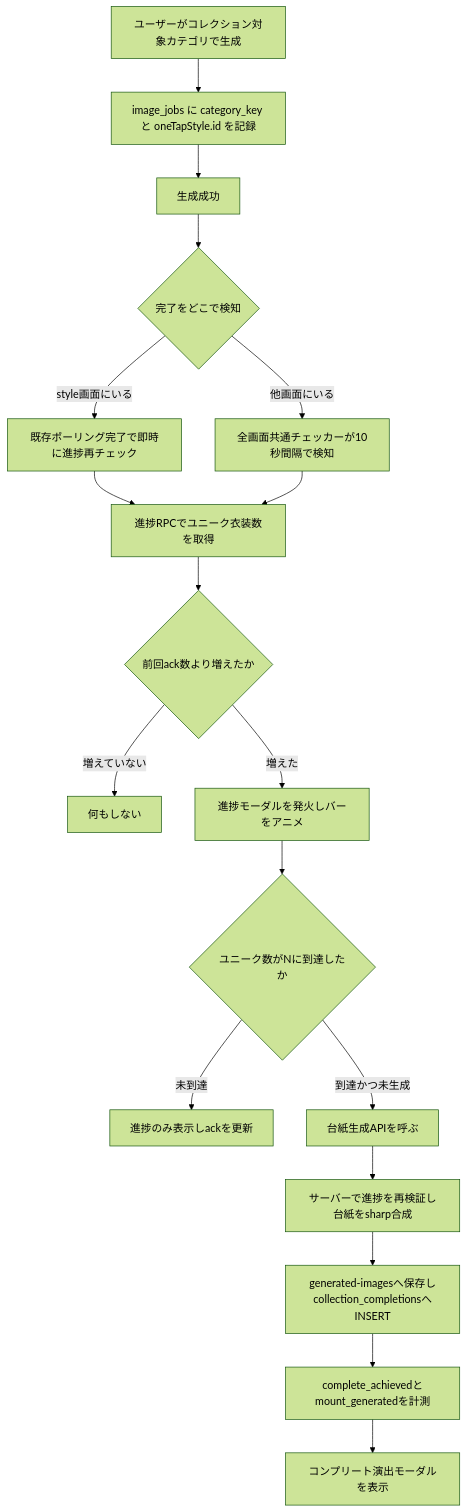
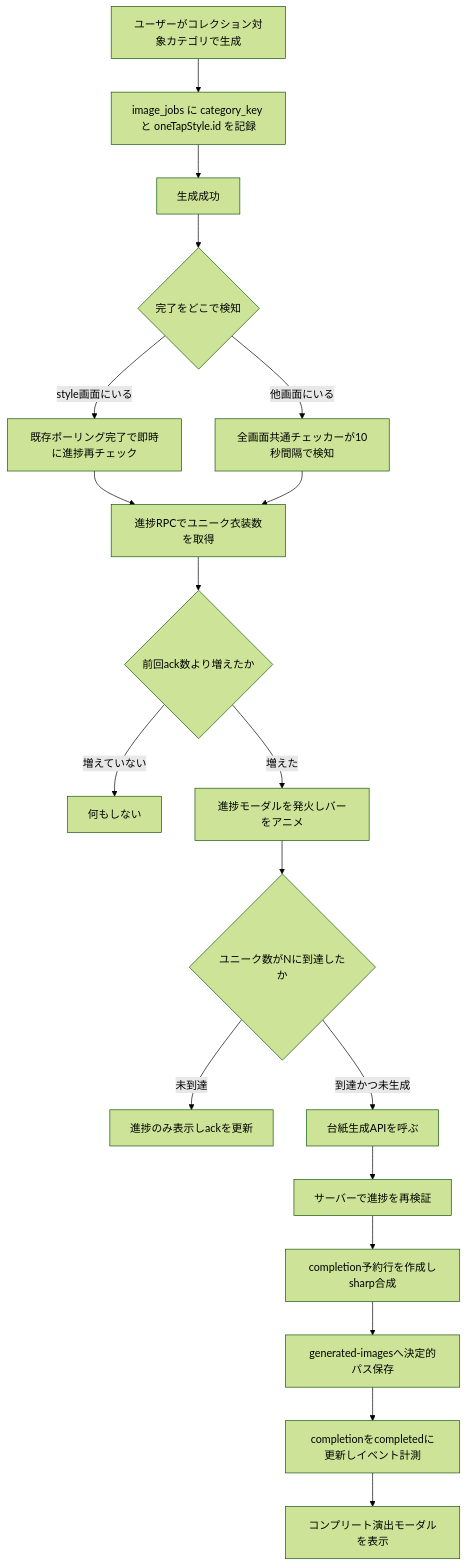
One commit to 3balljugglerYu/ai_coordinate changed the second of 5 diagrams in docs/planning/collection-feature-implementation-plan.md. Above: the diagram before and after it, drawn with Mermaid (forest theme). The commit also changed other lines of this file, not shown here.

````diff
--- a/docs/planning/collection-feature-implementation-plan.md
+++ b/docs/planning/collection-feature-implementation-plan.md
@@ -109,20 +117,21 @@
 ```mermaid
 flowchart TD
     A["ユーザーがコレクション対象カテゴリで生成"] --> B["image_jobs に category_key と oneTapStyle.id を記録"]
     B --> C["生成成功"]
     C --> D{"完了をどこで検知"}
     D -->|"style画面にいる"| E["既存ポーリング完了で即時に進捗再チェック"]
     D -->|"他画面にいる"| F["全画面共通チェッカーが10秒間隔で検知"]
     E --> G["進捗RPCでユニーク衣装数を取得"]
     F --> G
     G --> H{"前回ack数より増えたか"}
     H -->|"増えていない"| I["何もしない"]
     H -->|"増えた"| J["進捗モーダルを発火しバーをアニメ"]
     J --> K{"ユニーク数がNに到達したか"}
     K -->|"未到達"| L["進捗のみ表示しackを更新"]
     K -->|"到達かつ未生成"| M["台紙生成APIを呼ぶ"]
-    M --> N["サーバーで進捗を再検証し台紙をsharp合成"]
-    N --> O["generated-imagesへ保存しcollection_completionsへINSERT"]
-    O --> P["complete_achievedとmount_generatedを計測"]
-    P --> Q["コンプリート演出モーダルを表示"]
+    M --> N["サーバーで進捗を再検証"]
+    N --> O["completion予約行を作成しsharp合成"]
+    O --> P["generated-imagesへ決定的パス保存"]
+    P --> Q["completionをcompletedに更新しイベント計測"]
+    Q --> R["コンプリート演出モーダルを表示"]
 ```
````
